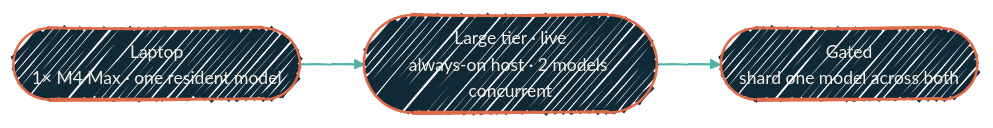
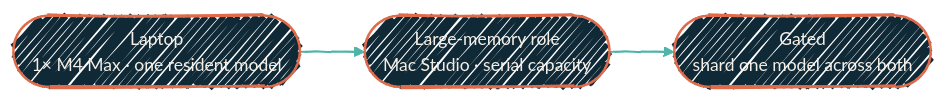
The diagram in local-llm/overview.mdx (dryvist/docs), drawn with Mermaid before and after one commit. The commit also changed other lines of this file and 100 other files, not shown here.

````diff
--- a/local-llm/overview.mdx
+++ b/local-llm/overview.mdx
@@ -54,15 +52,15 @@
 ```mermaid
 %%{init:
   {'theme':'base','look':'handDrawn','themeVariables':{'fontFamily':'Geist','fontSize':'14px','primaryColor':'#102937','primaryTextColor':'#F4EFE6','primaryBorderColor':'#4FB3A9','lineColor':'#4FB3A9','secondaryColor':'#0B1D2A','tertiaryColor':'#1A2A38','clusterBkg':'rgba(79,179,169,0.08)','clusterBorder':'#4FB3A9'}}}%%
   flowchart LR
   Laptop([Laptop<br/>1× M4 Max · one resident model])
-  Large([Large tier · live<br/>always-on host · 2 models concurrent])
+  Large([Large-memory role<br/>Mac Studio · serial capacity])
   Shard([Gated<br/>shard one model across both])
 
   Laptop --> Large --> Shard
 
   classDef ai fill:#102937,stroke:#E06B4A,stroke-width:2px,color:#F4EFE6;
   class Laptop,Large,Shard ai
 
   linkStyle default stroke:#4FB3A9,stroke-width:1.5px;
 ```
````
